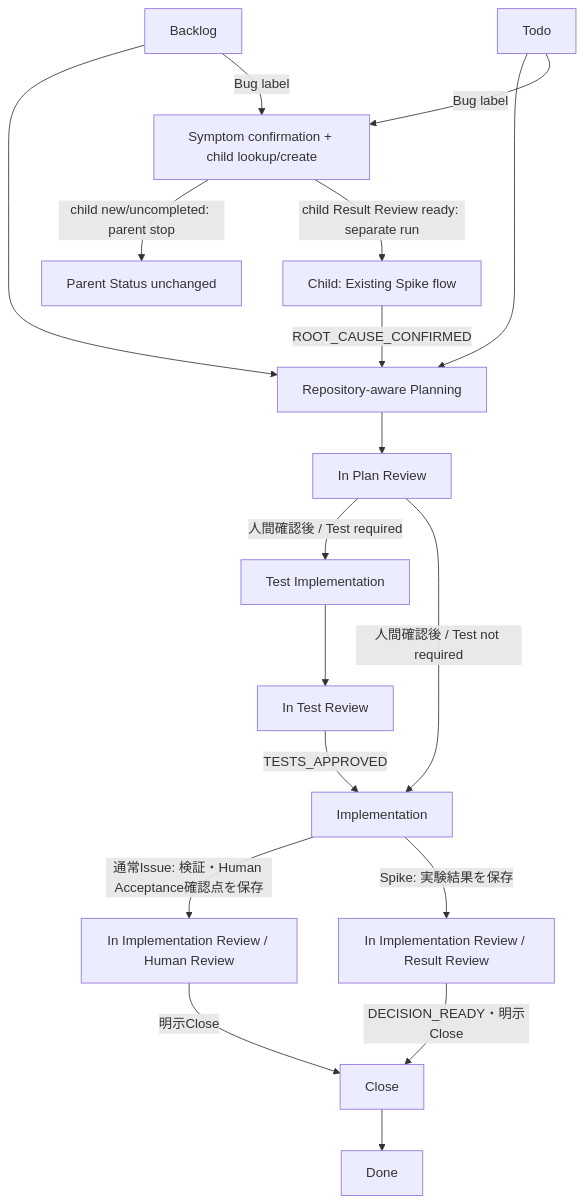
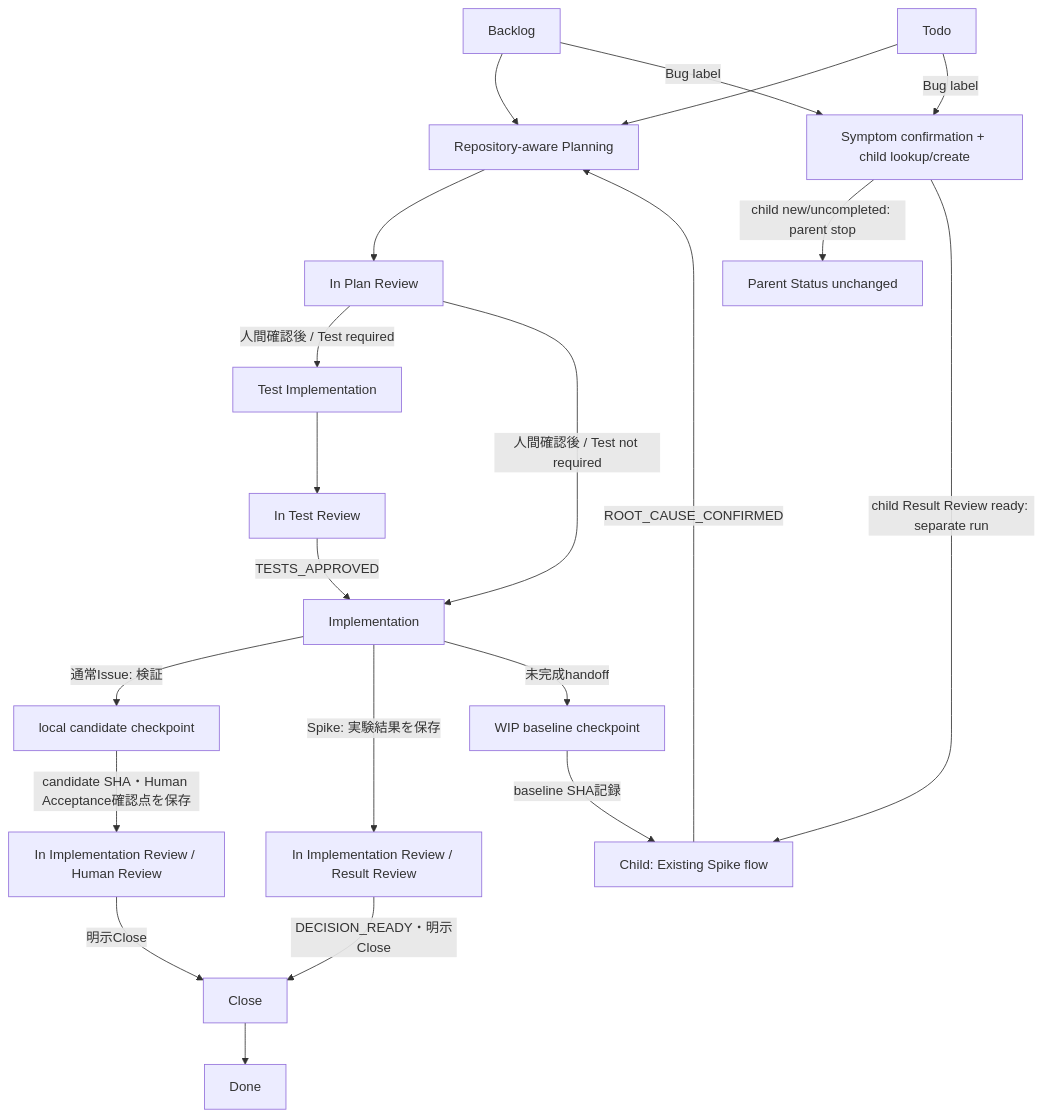
Before and after one commit to hnishim/harness: the first of 2 diagrams in agent-development-workflow.md, drawn with Mermaid. The commit also changed other lines of this file and 5 other files, not shown here.

Commit message:
HIR-223: add implementation checkpoint workflow

````diff
--- a/agent-development-workflow.md
+++ b/agent-development-workflow.md
@@ -45,20 +45,23 @@
 ```mermaid
 flowchart TD
     B[Backlog] --> P[Repository-aware Planning]
     T[Todo] --> P
     B -->|Bug label| BI[Symptom confirmation + child lookup/create]
     T -->|Bug label| BI
     BI -->|child new/uncompleted: parent stop| PS[Parent Status unchanged]
     BI -->|child Result Review ready: separate run| SI[Child: Existing Spike flow]
     SI -->|ROOT_CAUSE_CONFIRMED| P
     P --> R[In Plan Review]
     R -->|人間確認後 / Test required| TW[Test Implementation]
     R -->|人間確認後 / Test not required| I[Implementation]
     TW --> TR[In Test Review]
     TR -->|TESTS_APPROVED| I
-    I -->|通常Issue: 検証・Human Acceptance確認点を保存| H[In Implementation Review / Human Review]
+    I -->|通常Issue: 検証| CP[local candidate checkpoint]
+    CP -->|candidate SHA・Human Acceptance確認点を保存| H[In Implementation Review / Human Review]
     I -->|Spike: 実験結果を保存| SR[In Implementation Review / Result Review]
+    I -->|未完成handoff| BP[WIP baseline checkpoint]
+    BP -->|baseline SHA記録| SI
     H -->|明示Close| C[Close]
     SR -->|DECISION_READY・明示Close| C
     C --> D[Done]
 ```
````
